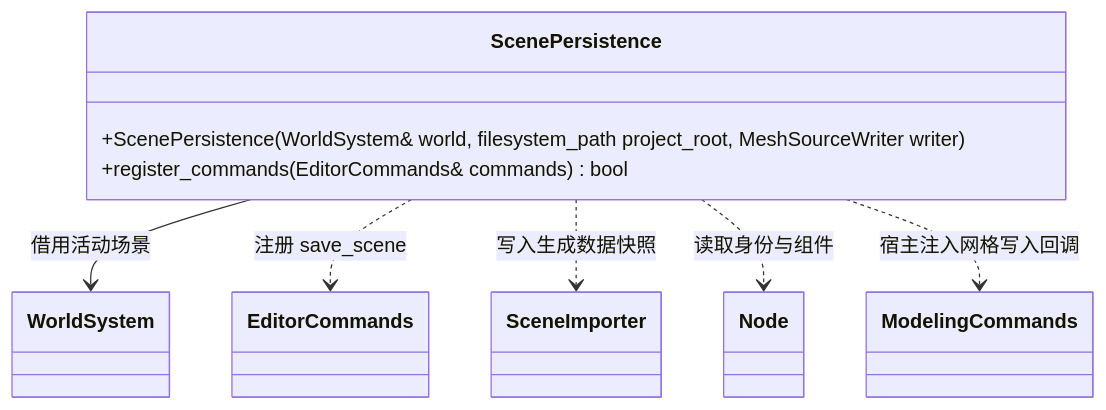
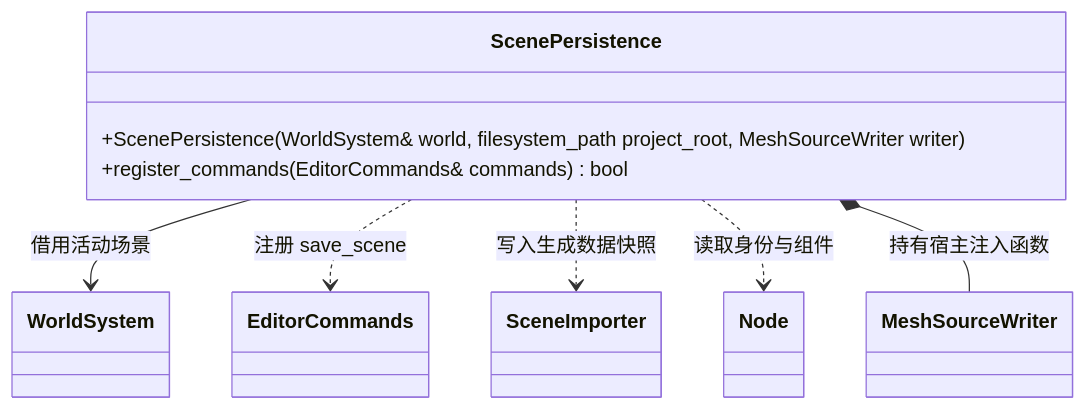
One commit to lcals/Engine changed the diagram in docs/editor/class-diagrams/scene-persistence.md. Above: the diagram before and after it, drawn with Mermaid. The commit also changed other lines of this file and 199 other files, not shown here.

````diff
--- a/docs/editor/class-diagrams/scene-persistence.md
+++ b/docs/editor/class-diagrams/scene-persistence.md
@@ -5,17 +5,17 @@
 ```mermaid
 classDiagram
     class ScenePersistence {
         +ScenePersistence(WorldSystem& world, filesystem_path project_root, MeshSourceWriter writer)
         +register_commands(EditorCommands& commands) bool
     }
     class WorldSystem
     class EditorCommands
     class SceneImporter
     class Node
-    class ModelingCommands
+    class MeshSourceWriter
     ScenePersistence --> WorldSystem : 借用活动场景
     ScenePersistence ..> EditorCommands : 注册 save_scene
     ScenePersistence ..> SceneImporter : 写入生成数据快照
     ScenePersistence ..> Node : 读取身份与组件
-    ScenePersistence ..> ModelingCommands : 宿主注入网格写入回调
+    ScenePersistence *-- MeshSourceWriter : 持有宿主注入函数
 ```
````
